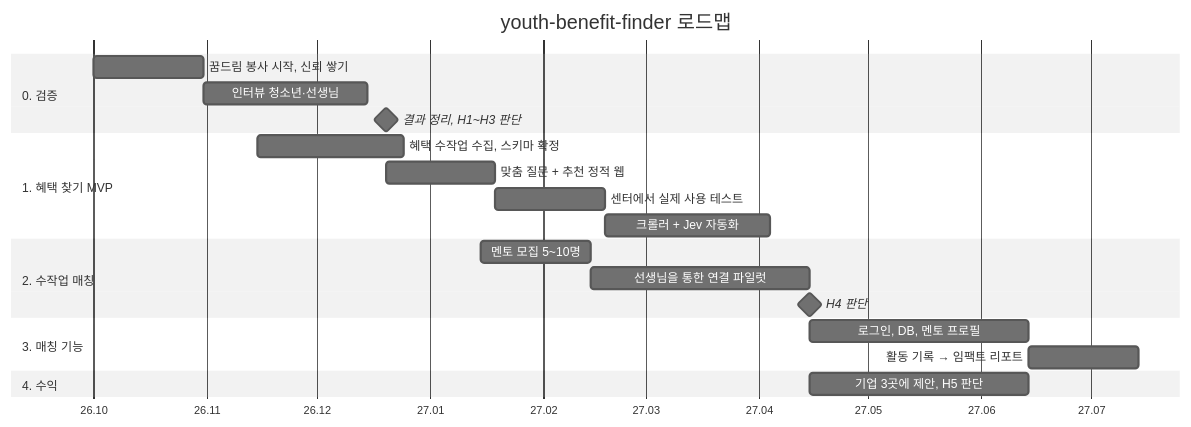
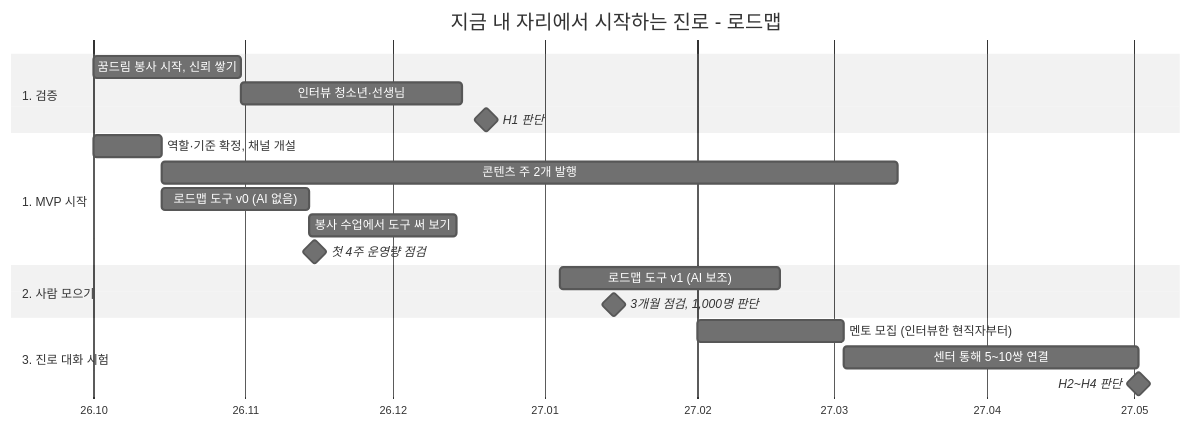
One commit to Sweet-Butters/youth-benefit-finder changed the second of 3 diagrams in docs/roadmap.md. Above: the diagram before and after it, drawn with Mermaid (neutral theme). The commit also changed other lines of this file and 6 other files, not shown here.

First line of the commit message:
Redraw roadmap in Mermaid for the new direction and drop old images

````diff
--- a/docs/roadmap.md
+++ b/docs/roadmap.md
@@ -46,29 +41,27 @@
 ```mermaid
 gantt
-    title youth-benefit-finder 로드맵
+    title 지금 내 자리에서 시작하는 진로 - 로드맵
     dateFormat YYYY-MM-DD
     axisFormat %y.%m
 
-    section 0. 검증
-    꿈드림 봉사 시작, 신뢰 쌓기   :v1, 2026-10-01, 30d
-    인터뷰 청소년·선생님          :v2, after v1, 45d
-    결과 정리, H1~H3 판단         :milestone, m1, 2026-12-20, 0d
+    section 1. 검증
+    꿈드림 봉사 시작, 신뢰 쌓기           :v1, 2026-10-01, 30d
+    인터뷰 청소년·선생님                  :v2, after v1, 45d
+    H1 판단                               :milestone, m1, 2026-12-20, 0d
 
-    section 1. 혜택 찾기 MVP
-    혜택 수작업 수집, 스키마 확정 :b1, 2026-11-15, 40d
-    맞춤 질문 + 추천 정적 웹      :b2, after m1, 30d
-    센터에서 실제 사용 테스트     :b3, after b2, 30d
-    크롤러 + Jev 자동화           :b4, after b3, 45d
+    section 1. MVP 시작
+    역할·기준 확정, 채널 개설             :c0, 2026-10-01, 14d
+    콘텐츠 주 2개 발행                    :c1, after c0, 150d
+    로드맵 도구 v0 (AI 없음)              :t0, 2026-10-15, 30d
+    봉사 수업에서 도구 써 보기            :t1, after t0, 30d
+    첫 4주 운영량 점검                    :milestone, m0, 2026-11-15, 0d
 
-    section 2. 수작업 매칭
-    멘토 모집 5~10명              :c1, 2027-01-15, 30d
-    선생님을 통한 연결 파일럿     :c2, after c1, 60d
-    H4 판단                       :milestone, m2, after c2, 0d
+    section 2. 사람 모으기
+    로드맵 도구 v1 (AI 보조)              :t2, 2027-01-04, 45d
+    3개월 점검, 1,000명 판단              :milestone, m2, 2027-01-15, 0d
 
-    section 3. 매칭 기능
-    로그인, DB, 멘토 프로필       :d1, after m2, 60d
-    활동 기록 → 임팩트 리포트     :d2, after d1, 30d
-
-    section 4. 수익
-    기업 3곳에 제안, H5 판단      :e1, after m2, 60d
+    section 3. 진로 대화 시험
+    멘토 모집 (인터뷰한 현직자부터)       :d0, 2027-02-01, 30d
+    센터 통해 5~10쌍 연결                 :d1, after d0, 60d
+    H2~H4 판단                            :milestone, m3, after d1, 0d
 ```
````
